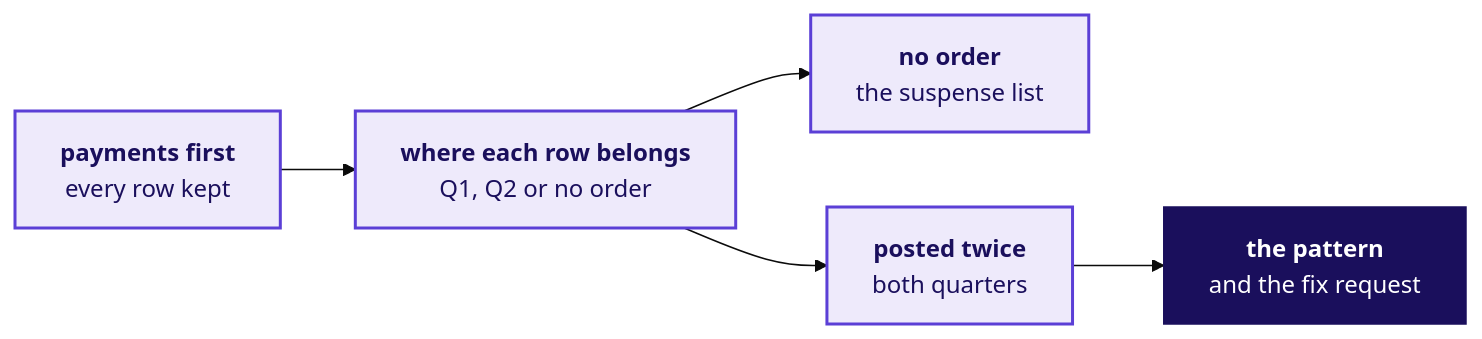
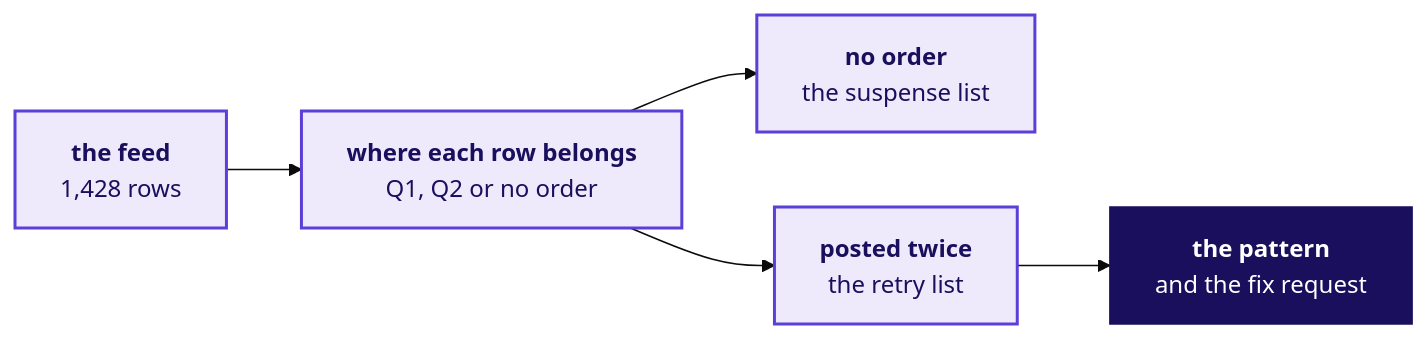
Before and after one commit to fde-academy-lab/c2-content-factory: the sixth of 8 diagrams in content/W02/D2/slides/C2_W02_D02_half2_STUDENT.md, drawn with Mermaid (base theme). The commit also changed other lines of this file and 10 other files, not shown here.

First line of the commit message:
W02 D2 review pass 4 fixes, part 5: in both cases every wrong letter now fails a check (36 of 36), no page prints its own key, the platform lead's ask leaves the audit's scope to the pair, and the trainer key keeps the second case's title

````diff
--- a/content/W02/D2/slides/C2_W02_D02_half2_STUDENT.md
+++ b/content/W02/D2/slides/C2_W02_D02_half2_STUDENT.md
@@ -526,11 +526,11 @@
 ```mermaid
 flowchart LR
-    P["<b>payments first</b><br/>every row kept"] --> H["<b>where each row belongs</b><br/>Q1, Q2 or no order"]
+    P["<b>the feed</b><br/>1,428 rows"] --> H["<b>where each row belongs</b><br/>Q1, Q2 or no order"]
     H --> O["<b>no order</b><br/>the suspense list"]
-    H --> R["<b>posted twice</b><br/>both quarters"]
+    H --> R["<b>posted twice</b><br/>the retry list"]
     R --> F["<b>the pattern</b><br/>and the fix request"]
     classDef known fill:#EEEAFB,stroke:#5B3FD6,color:#1A0F5C,stroke-width:2px
     classDef bet fill:#1A0F5C,stroke:#1A0F5C,color:#FFFFFF
     class P,H,O,R known
     class F bet
 ```
````
